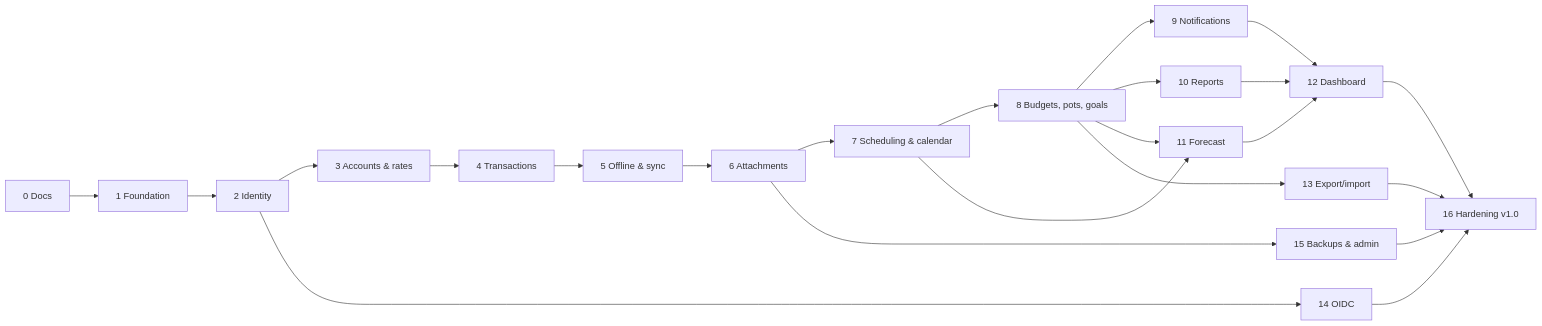
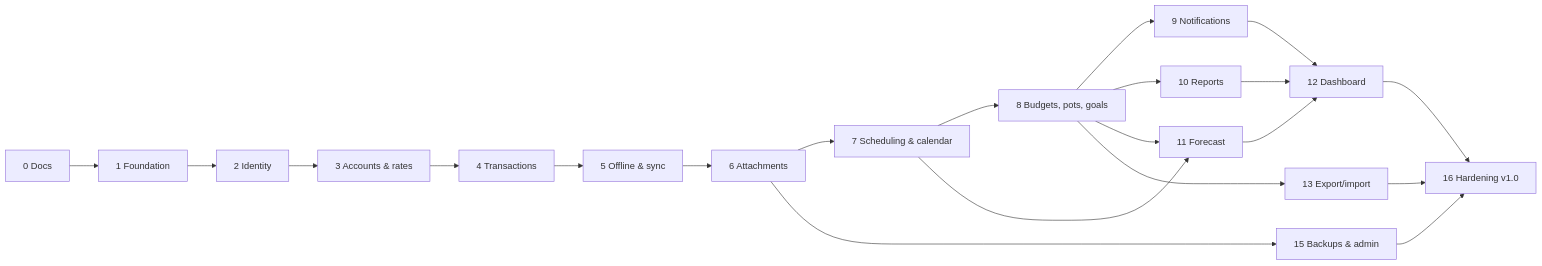
The diagram in docs/planning/roadmap.md (Bart0llo/monevo), drawn with Mermaid before and after one commit. The commit also changed other lines of this file and 158 other files, not shown here.

````diff
--- a/docs/planning/roadmap.md
+++ b/docs/planning/roadmap.md
@@ -31,25 +31,23 @@
 ```mermaid
 graph LR
   S0[0 Docs] --> S1[1 Foundation]
   S1 --> S2[2 Identity]
   S2 --> S3[3 Accounts & rates]
   S3 --> S4[4 Transactions]
   S4 --> S5[5 Offline & sync]
   S5 --> S6[6 Attachments]
   S6 --> S7[7 Scheduling & calendar]
   S7 --> S8[8 Budgets, pots, goals]
   S8 --> S9[9 Notifications]
   S8 --> S10[10 Reports]
   S7 --> S11[11 Forecast]
   S8 --> S11
   S9 --> S12[12 Dashboard]
   S10 --> S12
   S11 --> S12
   S8 --> S13[13 Export/import]
-  S2 --> S14[14 OIDC]
   S6 --> S15[15 Backups & admin]
   S12 --> S16[16 Hardening v1.0]
   S13 --> S16
-  S14 --> S16
   S15 --> S16
 ```
````
